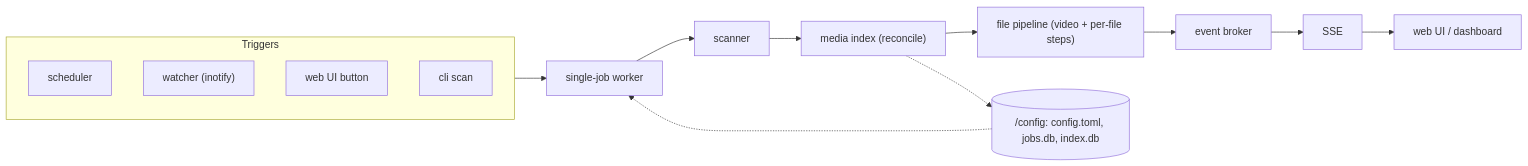
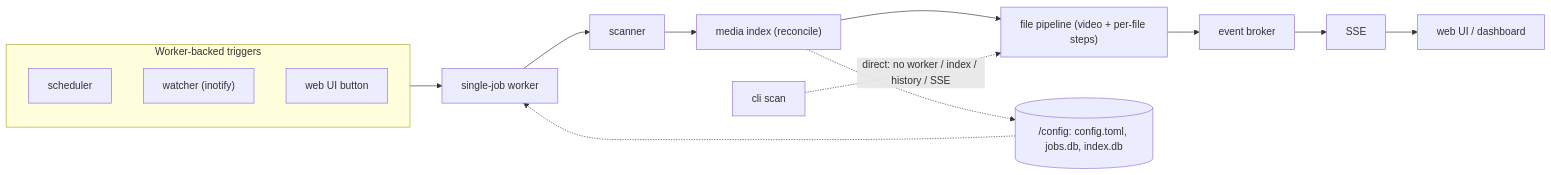
One commit to jjgroenendijk/subtitle-tool changed the diagram in AGENTS.md. Above: the diagram before and after it, drawn with Mermaid. The commit also changed 1 other file, not shown here.

Commit message:
docs: separate CLI direct scan from worker-backed flow
Context: A review on PR #71 noted the scan-flow diagrams listed `cli scan`
as a worker trigger, but cli.py:_run_scan calls scanner.scan and
run_pipeline directly: it never enters the worker, reconciles against the
index, records job history, or streams SSE. The diagrams implied CLI scans
skip unchanged files via the index and update the dashboard.

Change: In both the root component diagram and the package scan-flow
diagram, drop `cli scan` from the worker triggers and show it as a separate
direct scan-to-pipeline path that bypasses the worker, index, history, and
SSE. Reword the package "triggers" sentence to match.

Impact/Risk: Documentation only; no code or behavior changes.

Tests: none (docs only)

````diff
--- a/AGENTS.md
+++ b/AGENTS.md
@@ -15,17 +15,17 @@
 ```mermaid
 flowchart LR
-    subgraph triggers["Triggers"]
+    subgraph triggers["Worker-backed triggers"]
         sched["scheduler"]
         watch["watcher (inotify)"]
         ui["web UI button"]
-        cli["cli scan"]
     end
     triggers --> worker["single-job worker"]
     worker --> scanner["scanner"]
     scanner --> index["media index (reconcile)"]
     index --> pipeline["file pipeline (video + per-file steps)"]
     pipeline --> broker["event broker"]
     broker --> sse["SSE"] --> web["web UI / dashboard"]
+    cli["cli scan"] -.->|direct: no worker / index / history / SSE| pipeline
     cfg[("/config: config.toml, jobs.db, index.db")] -.-> worker
     index -.-> cfg
 ```
````
